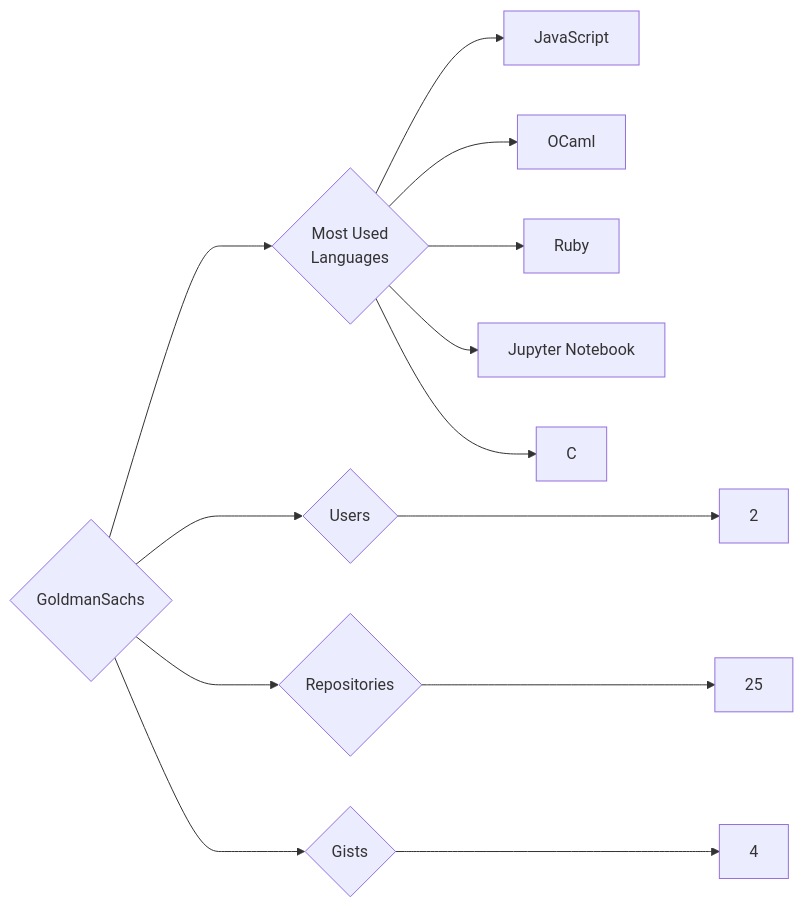
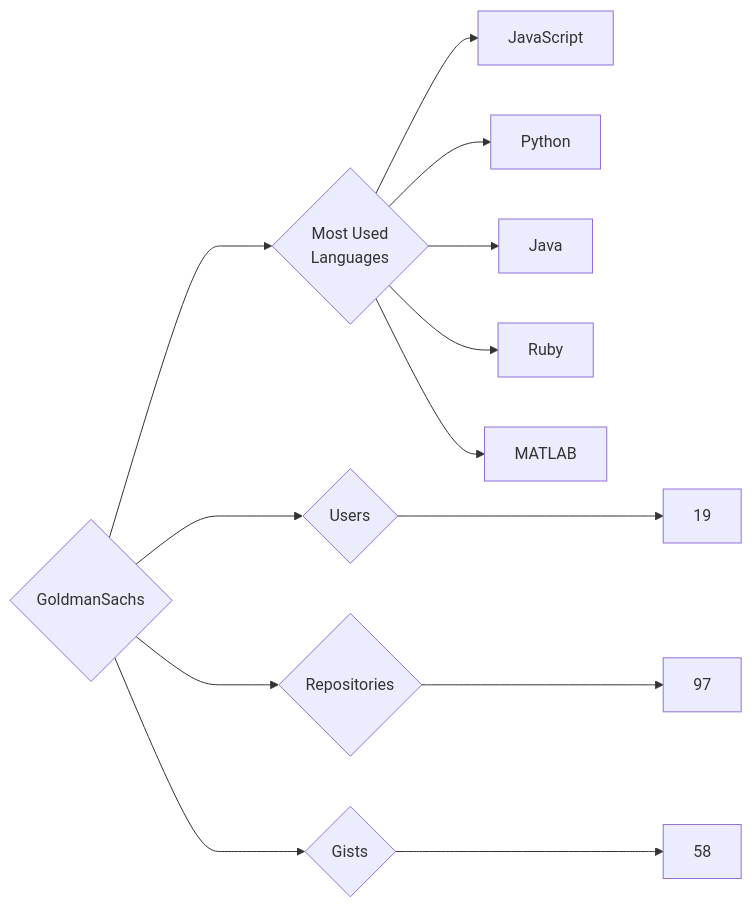
Before and after one commit to trickest/insiders: the diagram in targets/GoldmanSachs/README.md, drawn with Mermaid. The commit also changed 984 other files, not shown here.

````diff
--- a/targets/GoldmanSachs/README.md
+++ b/targets/GoldmanSachs/README.md
@@ -3,13 +3,13 @@
 ```mermaid
 graph LR
 COMPANY_NAME{GoldmanSachs}
-COMPANY_NAME ---> U{Users} ---> UN[2]
-COMPANY_NAME ---> R{Repositories} ---> RN[25]
-COMPANY_NAME ---> G{Gists} ---> GN[4]
+COMPANY_NAME ---> U{Users} ---> UN[19]
+COMPANY_NAME ---> R{Repositories} ---> RN[97]
+COMPANY_NAME ---> G{Gists} ---> GN[58]
 COMPANY_NAME ---> ML{Most Used<br>Languages}
 ML --> JavaScript[JavaScript]
-ML --> OCaml[OCaml]
+ML --> Python[Python]
+ML --> Java[Java]
 ML --> Ruby[Ruby]
-ML --> Jupyter_Notebook[Jupyter Notebook]
-ML --> C[C]
+ML --> MATLAB[MATLAB]
 ```
````
